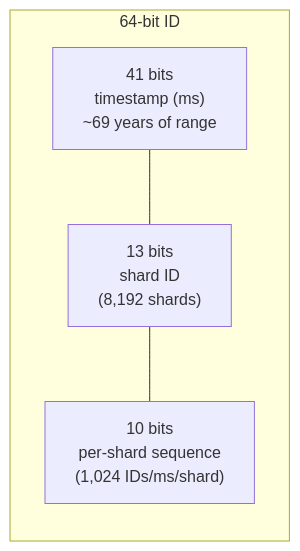
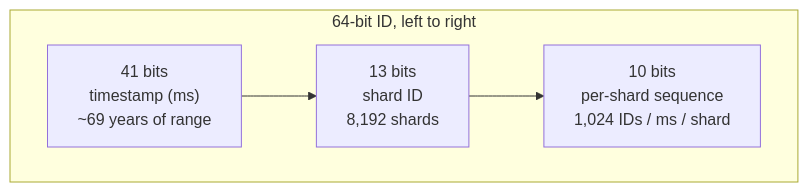
Before and after one commit to riyaz-pasha/Learnings: the second of 13 diagrams in system-design/HLD/0-course/33-Design-Instagram-FAANG-Guide-story.md, drawn with Mermaid. The commit also changed other lines of this file and 5 other files, not shown here.

Commit message:
[REWRITE] Design Newsfeed story guide: simplify prose, add structure, fix diagrams

````diff
--- a/system-design/HLD/0-course/33-Design-Instagram-FAANG-Guide-story.md
+++ b/system-design/HLD/0-course/33-Design-Instagram-FAANG-Guide-story.md
@@ -45,6 +131,7 @@
 ```mermaid
-graph LR
-    subgraph "64-bit ID"
-        A["41 bits\ntimestamp (ms)\n~69 years of range"] --- B["13 bits\nshard ID\n(8,192 shards)"] --- C["10 bits\nper-shard sequence\n(1,024 IDs/ms/shard)"]
+flowchart LR
+    subgraph ID["64-bit ID, left to right"]
+        direction LR
+        A["41 bits<br/>timestamp (ms)<br/>~69 years of range"] --> B["13 bits<br/>shard ID<br/>8,192 shards"] --> C["10 bits<br/>per-shard sequence<br/>1,024 IDs / ms / shard"]
     end
 ```
````
